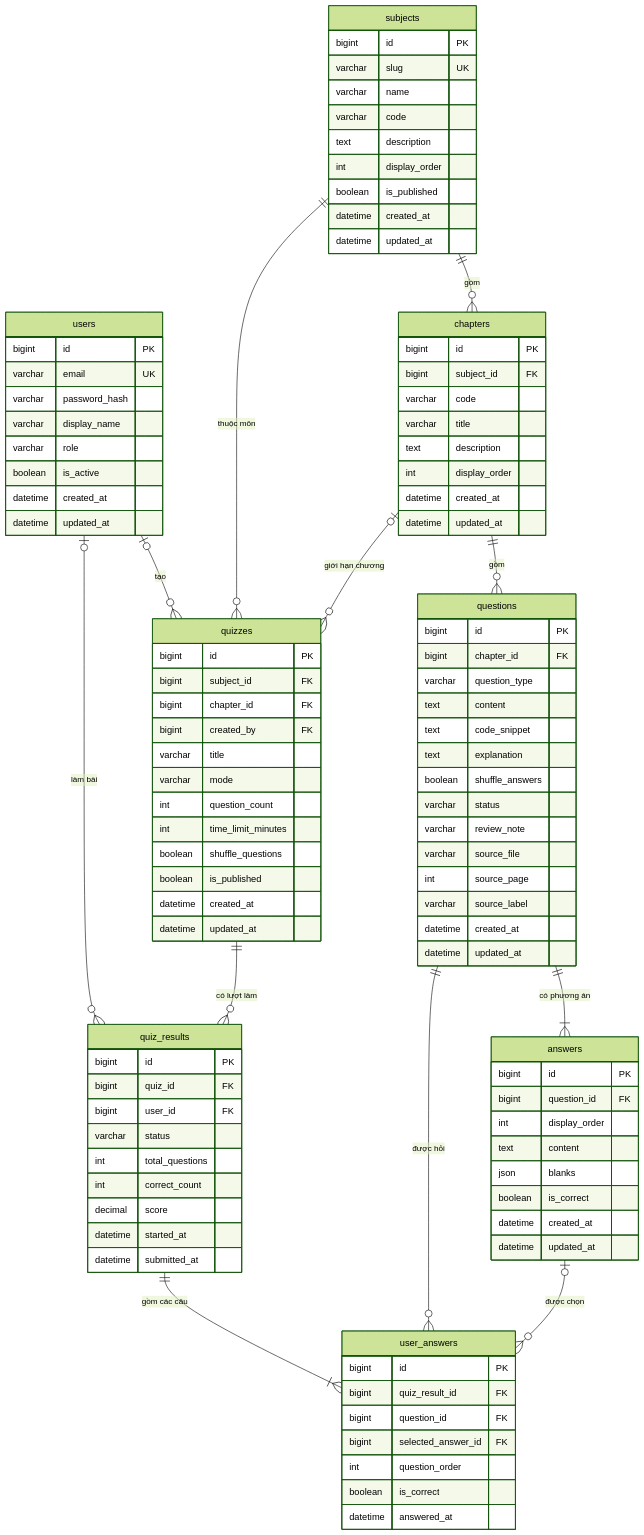
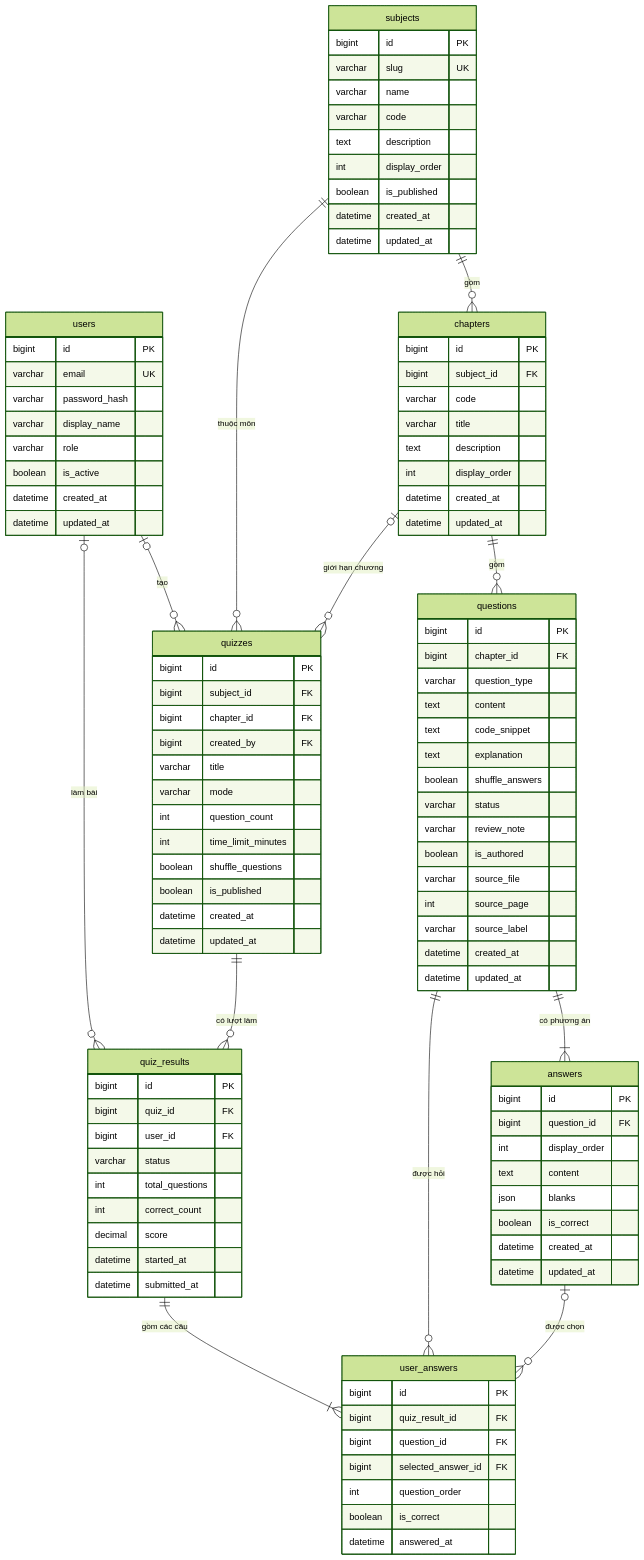
Before and after one commit to PhamThanhTuanDev/quiz-study: the diagram in docs/database-design.md, drawn with Mermaid (forest theme). The commit also changed other lines of this file and 3 other files, not shown here.

```diff
--- a/docs/database-design.md
+++ b/docs/database-design.md
@@ -81,6 +81,7 @@
         boolean shuffle_answers
         varchar status
         varchar review_note
+        boolean is_authored
         varchar source_file
         int source_page
         varchar source_label
```
